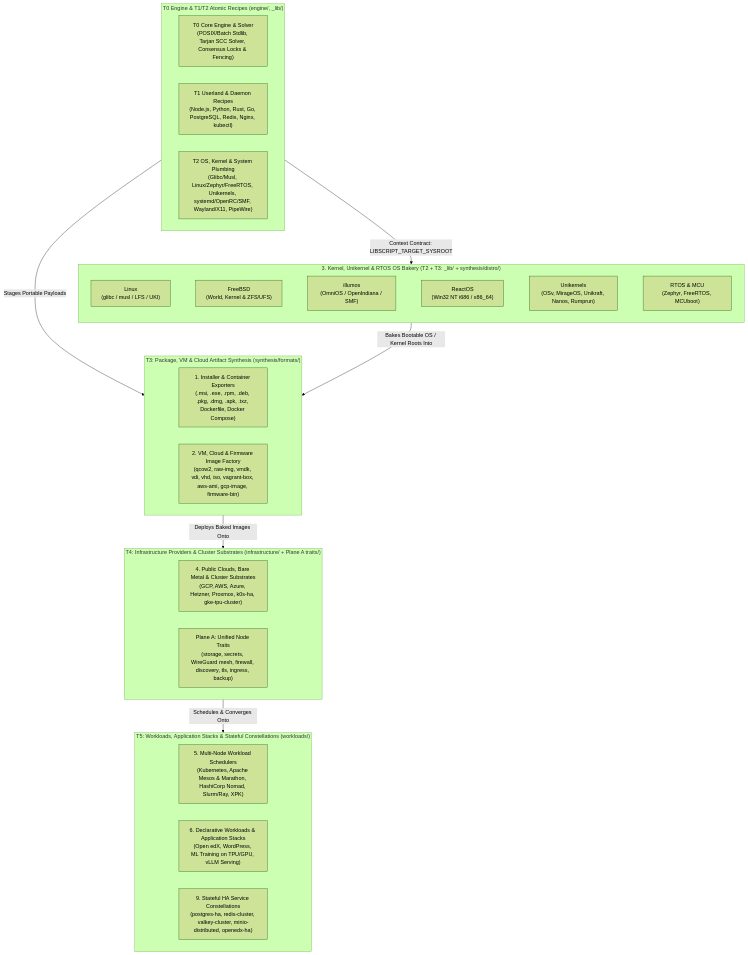
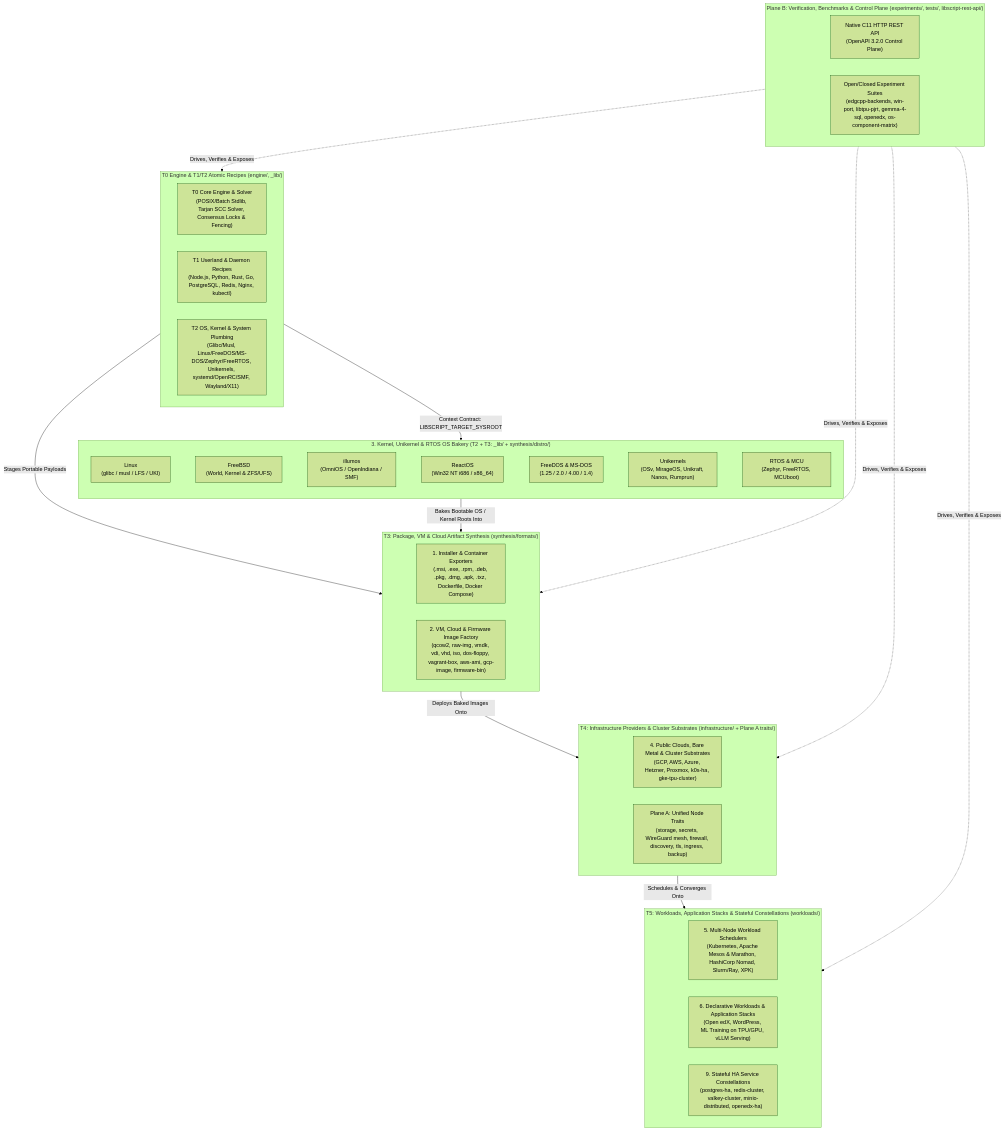
Before and after one commit to SamuelMarks/libscript: the third of 5 diagrams in README.md, drawn with Mermaid (forest theme). The commit also changed other lines of this file and 856 other files, not shown here.

````diff
--- a/README.md
+++ b/README.md
@@ -203,35 +204,41 @@
 ```mermaid
 flowchart TD
+    subgraph PlaneB["Plane B: Verification, Benchmarks & Control Plane (experiments/, tests/, libscript-rest-api/)"]
+        B_REST["Native C11 HTTP REST API<br/>(OpenAPI 3.2.0 Control Plane)"]
+        B_Exp["Open/Closed Experiment Suites<br/>(edgcpp-backends, win-port, libtpu-pjrt, gemma-4-sql, openedx, os-component-matrix)"]
+    end
+
     subgraph T0_T2["T0 Engine & T1/T2 Atomic Recipes (engine/, _lib/)"]
         T0_Core["T0 Core Engine & Solver<br/>(POSIX/Batch Stdlib, Tarjan SCC Solver, Consensus Locks & Fencing)"]
         T1_VM["T1 Userland & Daemon Recipes<br/>(Node.js, Python, Rust, Go, PostgreSQL, Redis, Nginx, kubectl)"]
-        T2_Base["T2 OS, Kernel & System Plumbing<br/>(Glibc/Musl, Linux/Zephyr/FreeRTOS, Unikernels, systemd/OpenRC/SMF, Wayland/X11, PipeWire)"]
+        T2_Base["T2 OS, Kernel & System Plumbing<br/>(Glibc/Musl, Linux/FreeDOS/MS-DOS/Zephyr/FreeRTOS, Unikernels, systemd/OpenRC/SMF, Wayland/X11)"]
     end
 
     subgraph T3_Bakery["3. Kernel, Unikernel & RTOS OS Bakery (T2 + T3: _lib/ + synthesis/distro/)"]
         direction LR
-        T3_Linux["Linux<br/>(glibc / musl / LFS / UKI)"] ~~~ T3_FreeBSD["FreeBSD<br/>(World, Kernel & ZFS/UFS)"] ~~~ T3_Illumos["illumos<br/>(OmniOS / OpenIndiana / SMF)"] ~~~ T3_ReactOS["ReactOS<br/>(Win32 NT i686 / x86_64)"] ~~~ T3_Uni["Unikernels<br/>(OSv, MirageOS, Unikraft, Nanos, Rumprun)"] ~~~ T3_RTOS["RTOS & MCU<br/>(Zephyr, FreeRTOS, MCUboot)"]
+        T3_Linux["Linux<br/>(glibc / musl / LFS / UKI)"] ~~~ T3_FreeBSD["FreeBSD<br/>(World, Kernel & ZFS/UFS)"] ~~~ T3_Illumos["illumos<br/>(OmniOS / OpenIndiana / SMF)"] ~~~ T3_ReactOS["ReactOS<br/>(Win32 NT i686 / x86_64)"] ~~~ T3_DOS["FreeDOS & MS-DOS<br/>(1.25 / 2.0 / 4.00 / 1.4)"] ~~~ T3_Uni["Unikernels<br/>(OSv, MirageOS, Unikraft, Nanos, Rumprun)"] ~~~ T3_RTOS["RTOS & MCU<br/>(Zephyr, FreeRTOS, MCUboot)"]
     end
 
     subgraph T3["T3: Package, VM & Cloud Artifact Synthesis (synthesis/formats/)"]
         T3_Pkg["1. Installer & Container Exporters<br/>(.msi, .exe, .rpm, .deb, .pkg, .dmg, .apk, .txz, Dockerfile, Docker Compose)"]
-        T3_Disk["2. VM, Cloud & Firmware Image Factory<br/>(qcow2, raw-img, vmdk, vdi, vhd, iso, vagrant-box, aws-ami, gcp-image, firmware-bin)"]
+        T3_Disk["2. VM, Cloud & Firmware Image Factory<br/>(qcow2, raw-img, vmdk, vdi, vhd, iso, dos-floppy, vagrant-box, aws-ami, gcp-image, firmware-bin)"]
     end
 
     subgraph T4["T4: Infrastructure Providers & Cluster Substrates (infrastructure/ + Plane A traits/)"]
         T4_Cloud["4. Public Clouds, Bare Metal & Cluster Substrates<br/>(GCP, AWS, Azure, Hetzner, Proxmox, k0s-ha, gke-tpu-cluster)"]
         PlaneA_Traits["Plane A: Unified Node Traits<br/>(storage, secrets, WireGuard mesh, firewall, discovery, tls, ingress, backup)"]
     end
 
     subgraph T5["T5: Workloads, Application Stacks & Stateful Constellations (workloads/)"]
         T5_Sched["5. Multi-Node Workload Schedulers<br/>(Kubernetes, Apache Mesos & Marathon, HashiCorp Nomad, Slurm/Ray, XPK)"]
         T5_Jobs["6. Declarative Workloads & Application Stacks<br/>(Open edX, WordPress, ML Training on TPU/GPU, vLLM Serving)"]
         T5_HA["9. Stateful HA Service Constellations<br/>(postgres-ha, redis-cluster, valkey-cluster, minio-distributed, openedx-ha)"]
     end
 
     T0_T2 -->|Context Contract: LIBSCRIPT_TARGET_SYSROOT| T3_Bakery
     T0_T2 -->|Stages Portable Payloads| T3
     T3_Bakery -->|Bakes Bootable OS / Kernel Roots Into| T3
     T3 -->|Deploys Baked Images Onto| T4
     T4 -->|Schedules & Converges Onto| T5
+    PlaneB -.->|Drives, Verifies & Exposes| T0_T2 & T3 & T4 & T5
 ```
````
